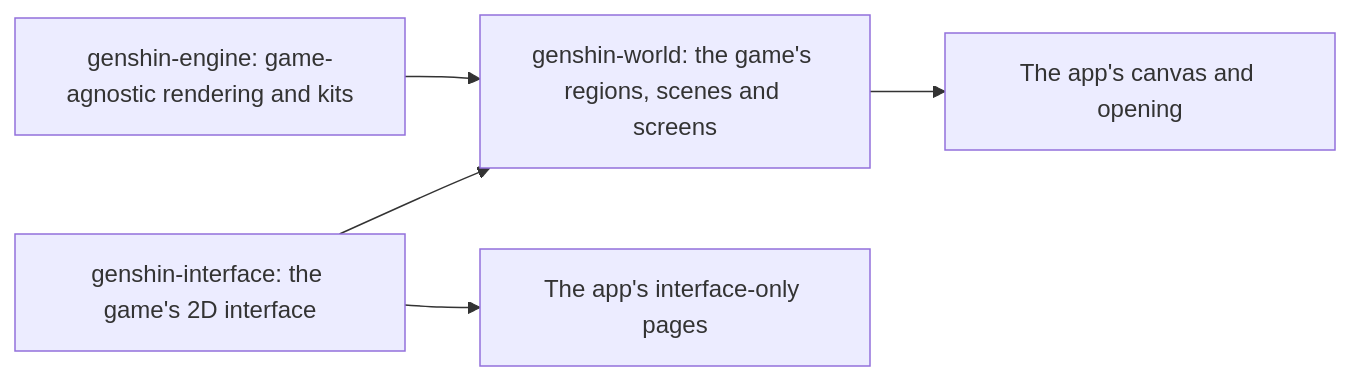
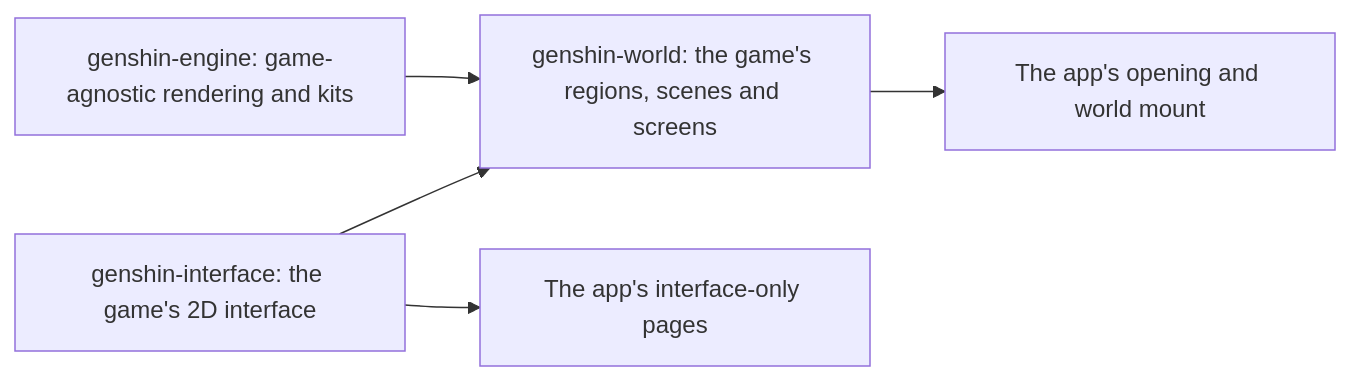
Before and after one commit to Esposter/Esposter: the diagram in apps/web/content/docs/genshin/index.md, drawn with Mermaid. The commit also changed 2 other files, not shown here.

Commit message:
docs(genshin): the world's screen owns its canvas, the app only mounts it
Answers: 4190492731

````diff
--- a/apps/web/content/docs/genshin/index.md
+++ b/apps/web/content/docs/genshin/index.md
@@ -10,7 +10,7 @@
 ```mermaid
 flowchart LR
   E[genshin-engine: game-agnostic rendering and kits] --> W[genshin-world: the game's regions, scenes and screens]
   U[genshin-interface: the game's 2D interface] --> W
   U --> A[The app's interface-only pages]
-  W --> A2[The app's canvas and opening]
+  W --> A2[The app's opening and world mount]
 ```
````
